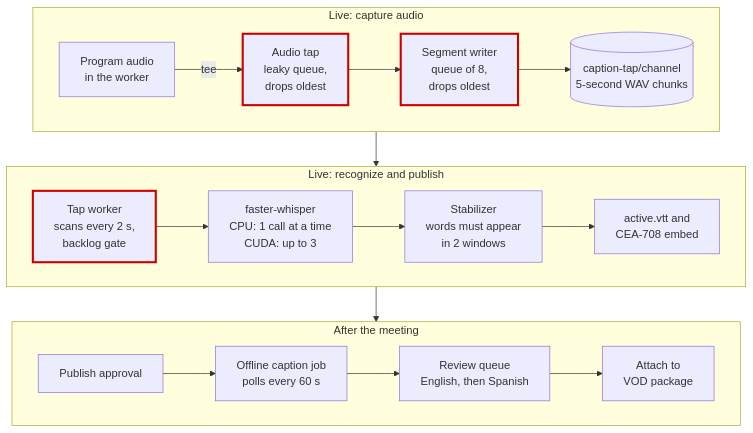
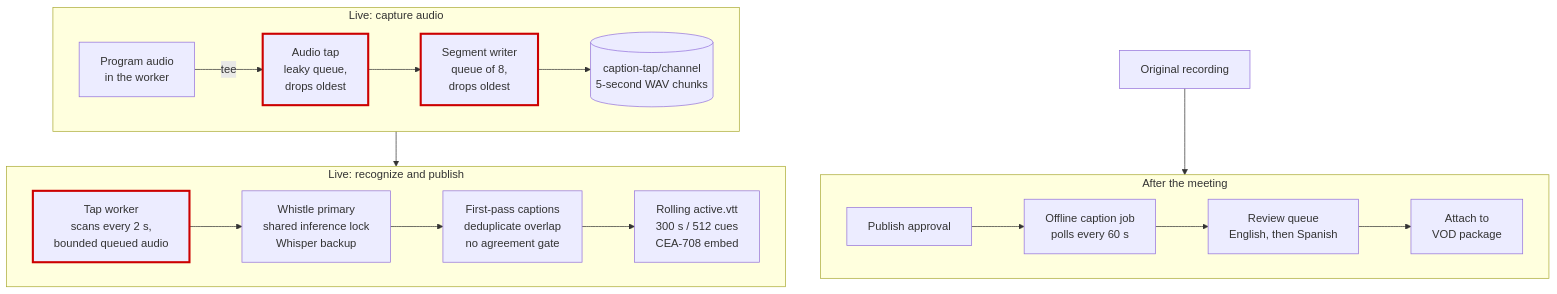
One commit to scottconverse/civiccast-native changed the tenth of 16 diagrams in docs/manual/src/30-architecture.md. Above: the diagram before and after it, drawn with Mermaid. The commit also changed other lines of this file and 27 other files, not shown here.

````diff
--- a/docs/manual/src/30-architecture.md
+++ b/docs/manual/src/30-architecture.md
@@ -487,26 +489,26 @@
 ```mermaid
 flowchart TB
     subgraph L1["Live: capture audio"]
         direction LR
         AUD["Program audio<br/>in the worker"] -->|tee| TEE["Audio tap<br/>leaky queue,<br/>drops oldest"]
         TEE --> WR["Segment writer<br/>queue of 8,<br/>drops oldest"]
         WR --> DIR[("caption-tap/channel<br/>5-second WAV chunks")]
     end
     subgraph L2["Live: recognize and publish"]
         direction LR
-        TW["Tap worker<br/>scans every 2 s,<br/>backlog gate"] --> ASR["faster-whisper<br/>CPU: 1 call at a time<br/>CUDA: up to 3"]
-        ASR --> ST["Stabilizer<br/>words must appear<br/>in 2 windows"]
-        ST --> OUT["active.vtt and<br/>CEA-708 embed"]
+        TW["Tap worker<br/>scans every 2 s,<br/>bounded queued audio"] --> ASR["Whistle primary<br/>shared inference lock<br/>Whisper backup"]
+        ASR --> ST["First-pass captions<br/>deduplicate overlap<br/>no agreement gate"]
+        ST --> OUT["Rolling active.vtt<br/>300 s / 512 cues<br/>CEA-708 embed"]
     end
     subgraph L3["After the meeting"]
         direction LR
         PUB["Publish approval"] --> JOB["Offline caption job<br/>polls every 60 s"]
         JOB --> REV["Review queue<br/>English, then Spanish"]
         REV --> ATT["Attach to<br/>VOD package"]
     end
     L1 --> L2
-    L2 --> L3
+    REC["Original recording"] --> PUB
     style TEE stroke:#c00,stroke-width:3px
     style WR stroke:#c00,stroke-width:3px
     style TW stroke:#c00,stroke-width:3px
 ```
````
